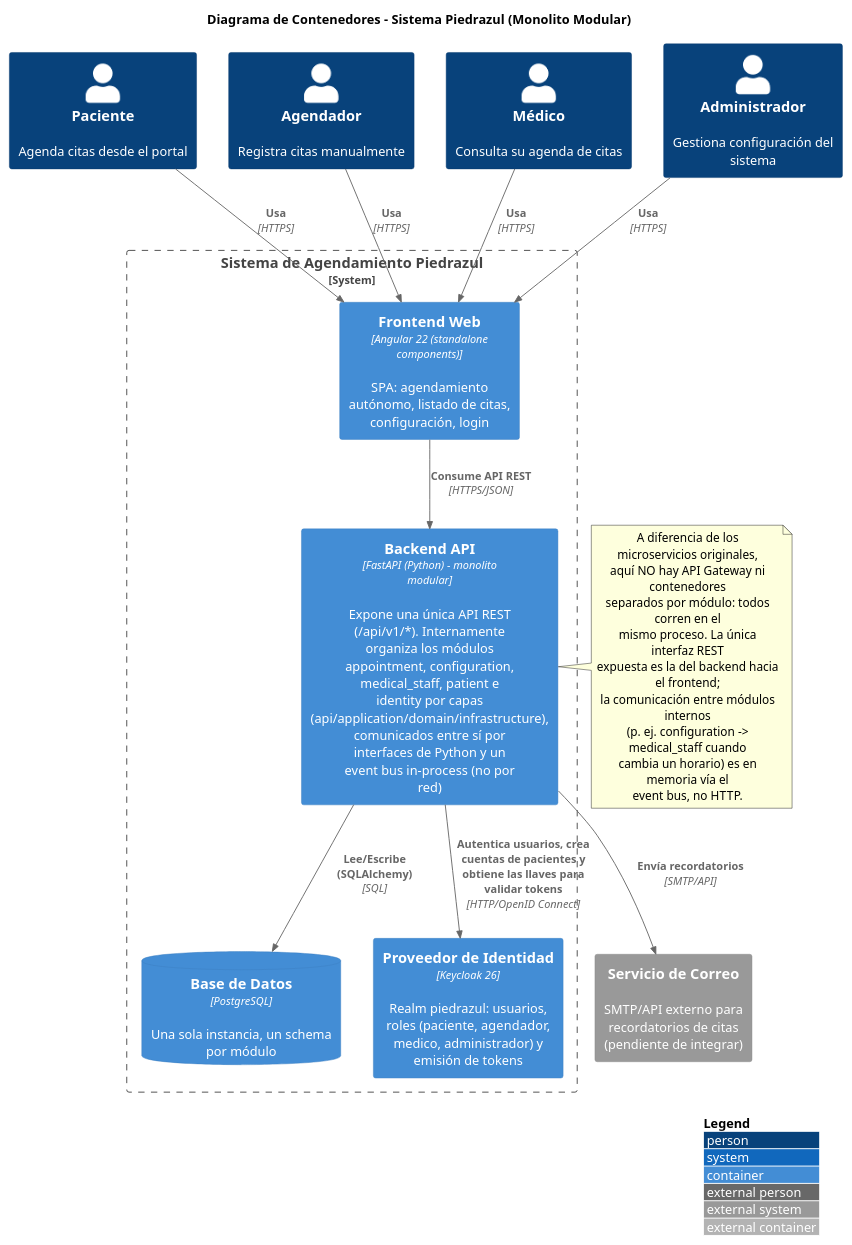
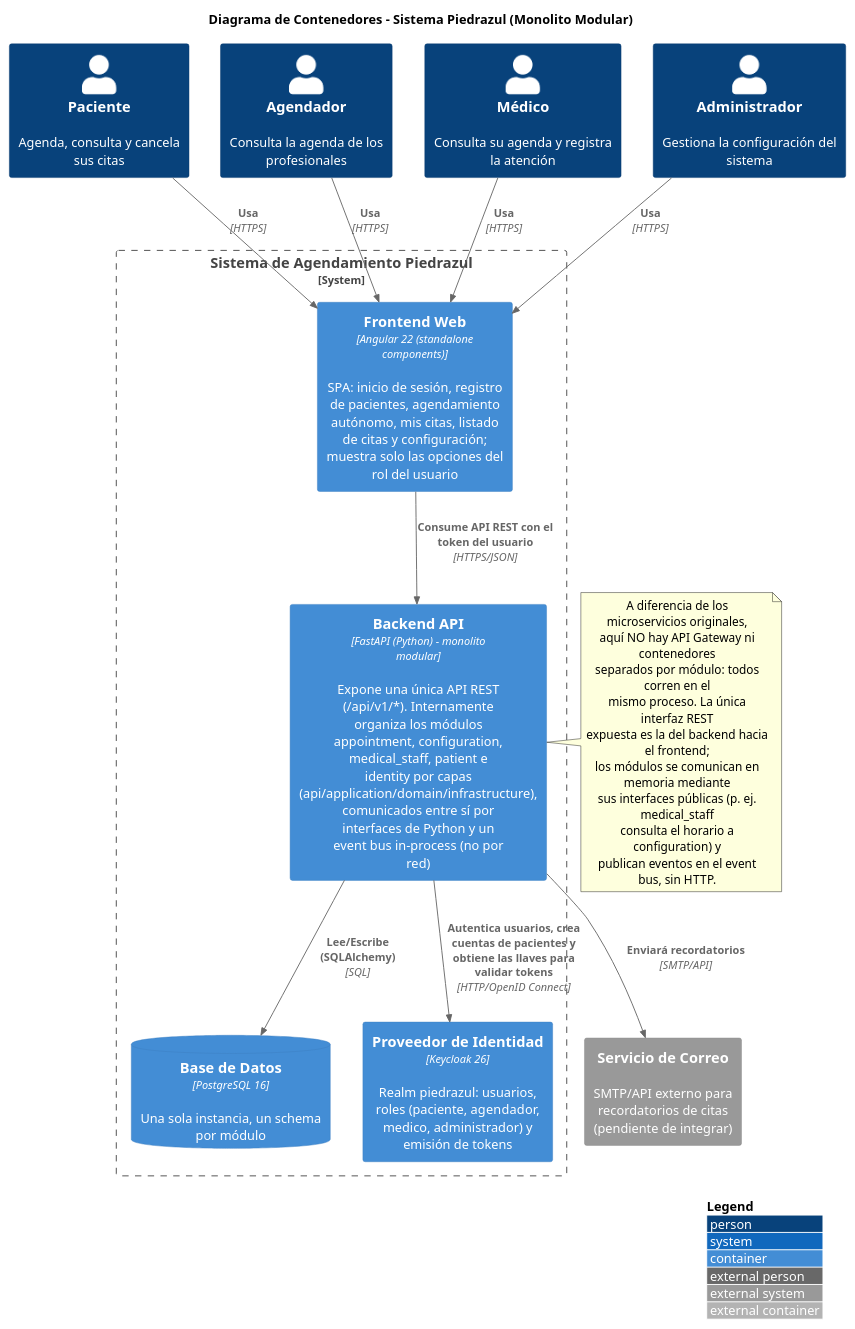
Before and after one commit to SantiagoGutierrez11/piedrazul-monolitic: the diagram in docs/architecture/c4-nivel2-contenedores.puml, drawn with PlantUML. The commit also changed 8 other files, not shown here.

Commit message:
Align context, scenario and deployment diagrams with the implemented flows

```diff
--- a/docs/architecture/c4-nivel2-contenedores.puml
+++ b/docs/architecture/c4-nivel2-contenedores.puml
@@ -1,47 +1,47 @@
 @startuml
 !include <C4/C4_Container>
 LAYOUT_WITH_LEGEND()
 title Diagrama de Contenedores - Sistema Piedrazul (Monolito Modular)
 
-Person(paciente, "Paciente", "Agenda citas desde el portal")
-Person(agendador, "Agendador", "Registra citas manualmente")
-Person(medico, "Médico", "Consulta su agenda de citas")
-Person(admin, "Administrador", "Gestiona configuración del sistema")
+Person(paciente, "Paciente", "Agenda, consulta y cancela sus citas")
+Person(agendador, "Agendador", "Consulta la agenda de los profesionales")
+Person(medico, "Médico", "Consulta su agenda y registra la atención")
+Person(admin, "Administrador", "Gestiona la configuración del sistema")
 
 System_Boundary(piedrazul, "Sistema de Agendamiento Piedrazul") {
 
-  Container(frontend, "Frontend Web", "Angular 22 (standalone components)", "SPA: agendamiento autónomo, listado de citas, configuración, login")
+  Container(frontend, "Frontend Web", "Angular 22 (standalone components)", "SPA: inicio de sesión, registro de pacientes, agendamiento autónomo, mis citas, listado de citas y configuración; muestra solo las opciones del rol del usuario")
 
   Container(backend, "Backend API", "FastAPI (Python) - monolito modular", "Expone una única API REST (/api/v1/*). Internamente organiza los módulos appointment, configuration, medical_staff, patient e identity por capas (api/application/domain/infrastructure), comunicados entre sí por interfaces de Python y un event bus in-process (no por red)")
 
-  ContainerDb(db, "Base de Datos", "PostgreSQL", "Una sola instancia, un schema por módulo")
+  ContainerDb(db, "Base de Datos", "PostgreSQL 16", "Una sola instancia, un schema por módulo")
 
   Container(keycloak, "Proveedor de Identidad", "Keycloak 26", "Realm piedrazul: usuarios, roles (paciente, agendador, medico, administrador) y emisión de tokens")
 }
 
 System_Ext(correo, "Servicio de Correo", "SMTP/API externo para recordatorios de citas (pendiente de integrar)")
 
 Rel(paciente, frontend, "Usa", "HTTPS")
 Rel(agendador, frontend, "Usa", "HTTPS")
 Rel(medico, frontend, "Usa", "HTTPS")
 Rel(admin, frontend, "Usa", "HTTPS")
 
-Rel(frontend, backend, "Consume API REST", "HTTPS/JSON")
+Rel(frontend, backend, "Consume API REST con el token del usuario", "HTTPS/JSON")
 
 Rel(backend, db, "Lee/Escribe (SQLAlchemy)", "SQL")
 Rel(backend, keycloak, "Autentica usuarios, crea cuentas de pacientes y obtiene las llaves para validar tokens", "HTTP/OpenID Connect")
-Rel(backend, correo, "Envía recordatorios", "SMTP/API")
+Rel(backend, correo, "Enviará recordatorios", "SMTP/API")
 
 note right of backend
   A diferencia de los microservicios originales,
   aquí NO hay API Gateway ni contenedores
   separados por módulo: todos corren en el
   mismo proceso. La única interfaz REST
   expuesta es la del backend hacia el frontend;
-  la comunicación entre módulos internos
-  (p. ej. configuration -> medical_staff cuando
-  cambia un horario) es en memoria vía el
-  event bus, no HTTP.
+  los módulos se comunican en memoria mediante
+  sus interfaces públicas (p. ej. medical_staff
+  consulta el horario a configuration) y
+  publican eventos en el event bus, sin HTTP.
 end note
 
 @enduml
```
